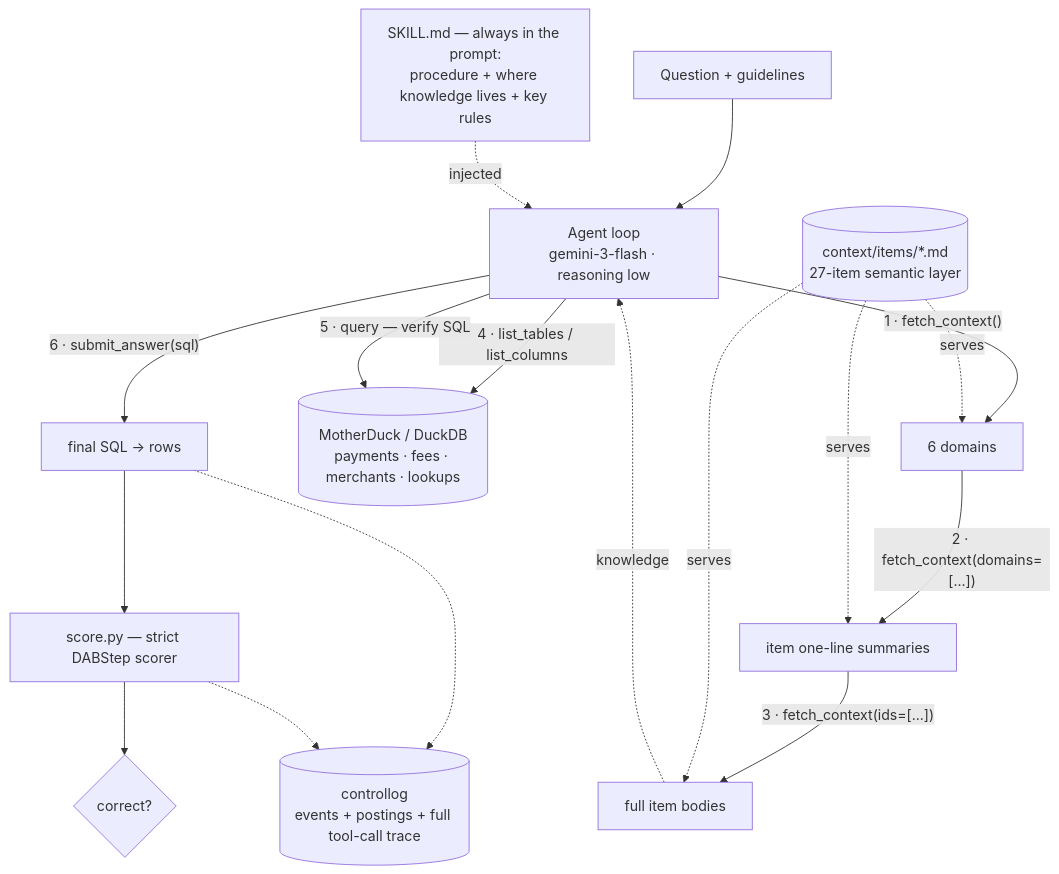
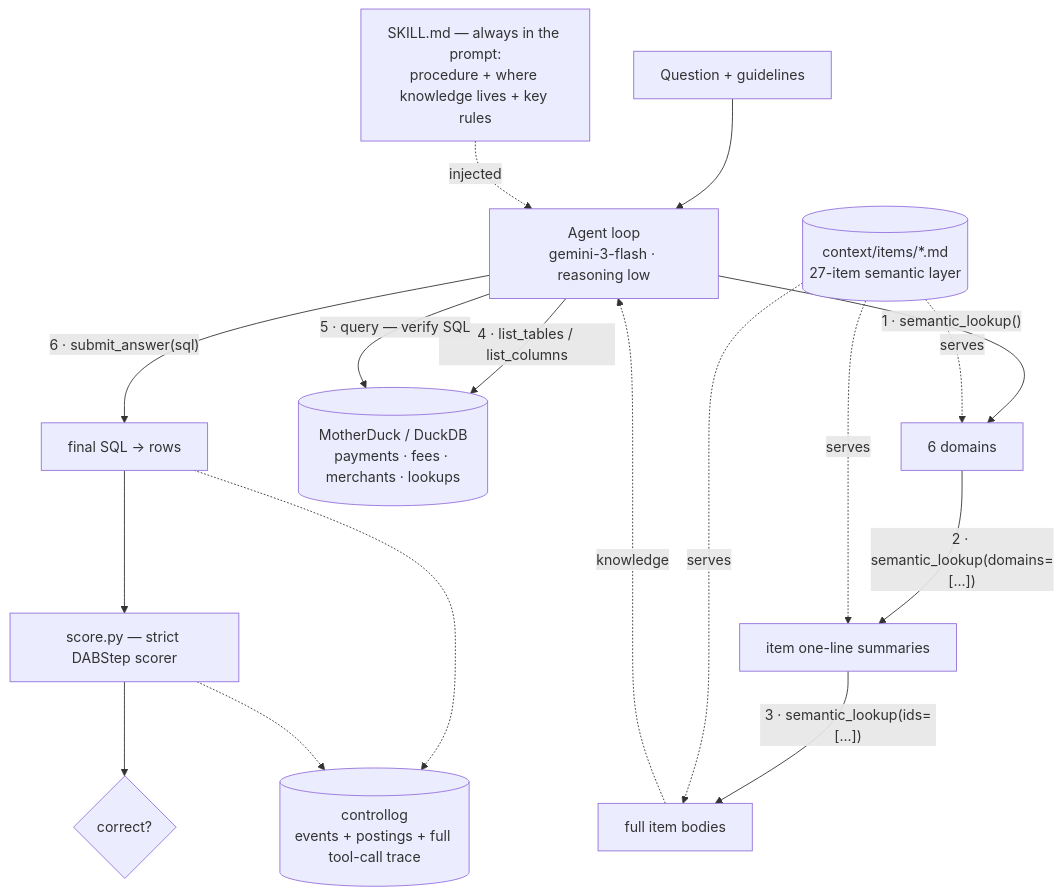
One commit to motherduckdb/labs changed the first of 2 diagrams in projects/agentic-sql-claude-edition/docs/how-it-works.md. Above: the diagram before and after it, drawn with Mermaid. The commit also changed other lines of this file and 7 other files, not shown here.

First line of the commit message:
Rename fetch_context tool to semantic_lookup (claude-edition)

````diff
--- a/projects/agentic-sql-claude-edition/docs/how-it-works.md
+++ b/projects/agentic-sql-claude-edition/docs/how-it-works.md
@@ -13,20 +13,20 @@
 ```mermaid
 flowchart TD
     Q["Question + guidelines"] --> AG
     SKILL["SKILL.md — always in the prompt:<br/>procedure + where knowledge lives + key rules"] -.->|injected| AG
     AG["Agent loop<br/>gemini-3-flash · reasoning low"]
 
-    AG -->|"1 · fetch_context()"| DOM["6 domains"]
-    DOM -->|"2 · fetch_context(domains=[...])"| SUMM["item one-line summaries"]
-    SUMM -->|"3 · fetch_context(ids=[...])"| BODY["full item bodies"]
+    AG -->|"1 · semantic_lookup()"| DOM["6 domains"]
+    DOM -->|"2 · semantic_lookup(domains=[...])"| SUMM["item one-line summaries"]
+    SUMM -->|"3 · semantic_lookup(ids=[...])"| BODY["full item bodies"]
     BODY -.->|knowledge| AG
     STORE[("context/items/*.md<br/>27-item semantic layer")] -.serves.-> DOM & SUMM & BODY
 
     AG -->|"4 · list_tables / list_columns"| MD[("MotherDuck / DuckDB<br/>payments · fees · merchants · lookups")]
     AG -->|"5 · query — verify SQL"| MD
     AG -->|"6 · submit_answer(sql)"| FINAL["final SQL → rows"]
     FINAL --> SCORE["score.py — strict DABStep scorer"]
     SCORE --> VERDICT{"correct?"}
     FINAL -.-> LOG[("controllog<br/>events + postings + full tool-call trace")]
     SCORE -.-> LOG
 ```
````
